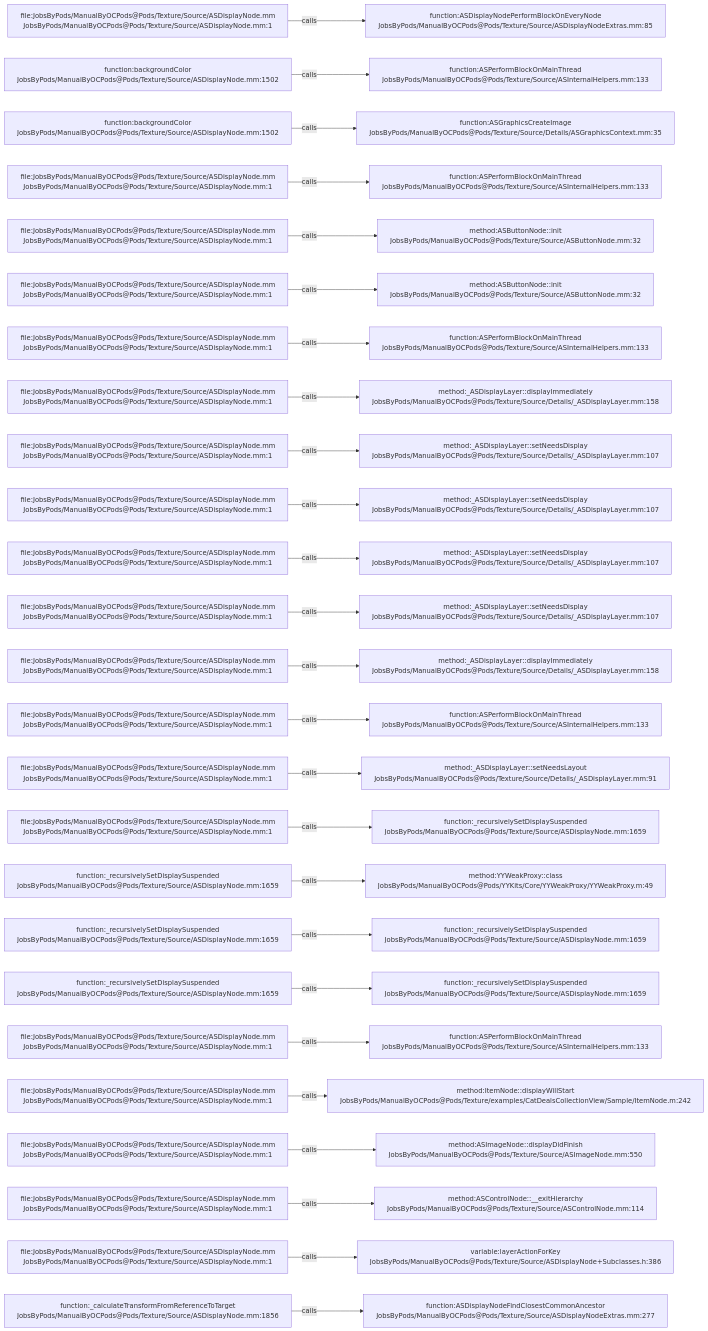
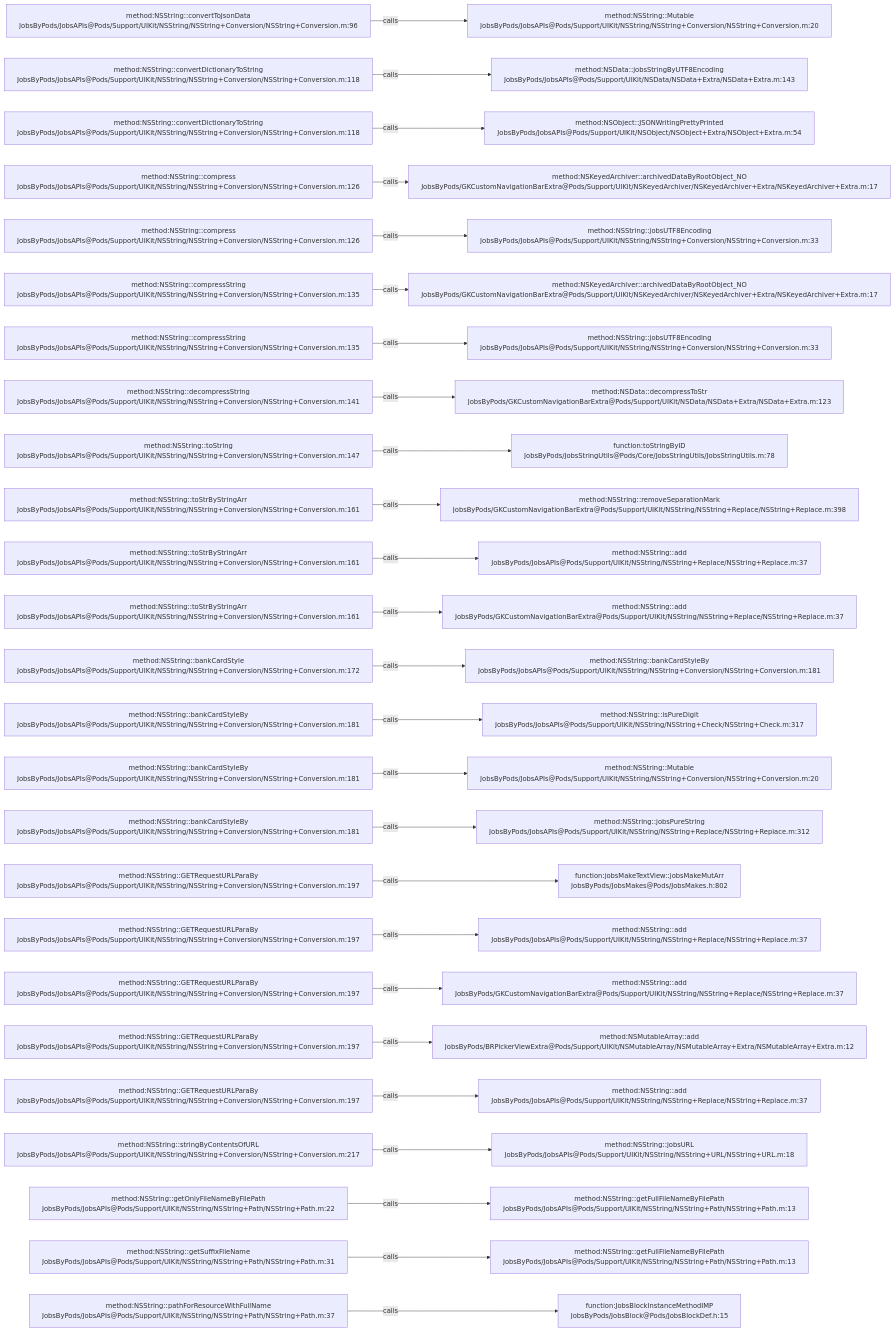
One commit to JobsKits/JobsOCBaseConfigDemo changed the diagram in .codegraph/codegraph.md/graphs/calls-085.md. Above: the diagram before and after it, drawn with Mermaid. The commit also changed 768 other files, not shown here.

````diff
--- a/.codegraph/codegraph.md/graphs/calls-085.md
+++ b/.codegraph/codegraph.md/graphs/calls-085.md
@@ -13,78 +13,78 @@
 ```mermaid
 flowchart LR
-  S1["file:JobsByPods/ManualByOCPods@Pods/Texture/Source/ASDisplayNode.mm<br/>JobsByPods/ManualByOCPods@Pods/Texture/Source/ASDisplayNode.mm:1"]
-  T1["function:ASDisplayNodePerformBlockOnEveryNode<br/>JobsByPods/ManualByOCPods@Pods/Texture/Source/ASDisplayNodeExtras.mm:85"]
+  S1["method:NSString::convertToJsonData<br/>JobsByPods/JobsAPIs@Pods/Support/UIKit/NSString/NSString+Conversion/NSString+Conversion.m:96"]
+  T1["method:NSString::Mutable<br/>JobsByPods/JobsAPIs@Pods/Support/UIKit/NSString/NSString+Conversion/NSString+Conversion.m:20"]
   S1 -->|calls| T1
-  S2["function:backgroundColor<br/>JobsByPods/ManualByOCPods@Pods/Texture/Source/ASDisplayNode.mm:1502"]
-  T2["function:ASPerformBlockOnMainThread<br/>JobsByPods/ManualByOCPods@Pods/Texture/Source/ASInternalHelpers.mm:133"]
+  S2["method:NSString::convertDictionaryToString<br/>JobsByPods/JobsAPIs@Pods/Support/UIKit/NSString/NSString+Conversion/NSString+Conversion.m:118"]
+  T2["method:NSData::jobsStringByUTF8Encoding<br/>JobsByPods/JobsAPIs@Pods/Support/UIKit/NSData/NSData+Extra/NSData+Extra.m:143"]
   S2 -->|calls| T2
-  S3["function:backgroundColor<br/>JobsByPods/ManualByOCPods@Pods/Texture/Source/ASDisplayNode.mm:1502"]
-  T3["function:ASGraphicsCreateImage<br/>JobsByPods/ManualByOCPods@Pods/Texture/Source/Details/ASGraphicsContext.mm:35"]
+  S3["method:NSString::convertDictionaryToString<br/>JobsByPods/JobsAPIs@Pods/Support/UIKit/NSString/NSString+Conversion/NSString+Conversion.m:118"]
+  T3["method:NSObject::JSONWritingPrettyPrinted<br/>JobsByPods/JobsAPIs@Pods/Support/UIKit/NSObject/NSObject+Extra/NSObject+Extra.m:54"]
   S3 -->|calls| T3
-  S4["file:JobsByPods/ManualByOCPods@Pods/Texture/Source/ASDisplayNode.mm<br/>JobsByPods/ManualByOCPods@Pods/Texture/Source/ASDisplayNode.mm:1"]
-  T4["function:ASPerformBlockOnMainThread<br/>JobsByPods/ManualByOCPods@Pods/Texture/Source/ASInternalHelpers.mm:133"]
+  S4["method:NSString::compress<br/>JobsByPods/JobsAPIs@Pods/Support/UIKit/NSString/NSString+Conversion/NSString+Conversion.m:126"]
+  T4["method:NSKeyedArchiver::archivedDataByRootObject_NO<br/>JobsByPods/GKCustomNavigationBarExtra@Pods/Support/UIKit/NSKeyedArchiver/NSKeyedArchiver+Extra/NSKeyedArchiver+Extra.m:17"]
   S4 -->|calls| T4
-  S5["file:JobsByPods/ManualByOCPods@Pods/Texture/Source/ASDisplayNode.mm<br/>JobsByPods/ManualByOCPods@Pods/Texture/Source/ASDisplayNode.mm:1"]
-  T5["method:ASButtonNode::init<br/>JobsByPods/ManualByOCPods@Pods/Texture/Source/ASButtonNode.mm:32"]
+  S5["method:NSString::compress<br/>JobsByPods/JobsAPIs@Pods/Support/UIKit/NSString/NSString+Conversion/NSString+Conversion.m:126"]
+  T5["method:NSString::jobsUTF8Encoding<br/>JobsByPods/JobsAPIs@Pods/Support/UIKit/NSString/NSString+Conversion/NSString+Conversion.m:33"]
   S5 -->|calls| T5
-  S6["file:JobsByPods/ManualByOCPods@Pods/Texture/Source/ASDisplayNode.mm<br/>JobsByPods/ManualByOCPods@Pods/Texture/Source/ASDisplayNode.mm:1"]
-  T6["method:ASButtonNode::init<br/>JobsByPods/ManualByOCPods@Pods/Texture/Source/ASButtonNode.mm:32"]
+  S6["method:NSString::compressString<br/>JobsByPods/JobsAPIs@Pods/Support/UIKit/NSString/NSString+Conversion/NSString+Conversion.m:135"]
+  T6["method:NSKeyedArchiver::archivedDataByRootObject_NO<br/>JobsByPods/GKCustomNavigationBarExtra@Pods/Support/UIKit/NSKeyedArchiver/NSKeyedArchiver+Extra/NSKeyedArchiver+Extra.m:17"]
   S6 -->|calls| T6
-  S7["file:JobsByPods/ManualByOCPods@Pods/Texture/Source/ASDisplayNode.mm<br/>JobsByPods/ManualByOCPods@Pods/Texture/Source/ASDisplayNode.mm:1"]
-  T7["function:ASPerformBlockOnMainThread<br/>JobsByPods/ManualByOCPods@Pods/Texture/Source/ASInternalHelpers.mm:133"]
+  S7["method:NSString::compressString<br/>JobsByPods/JobsAPIs@Pods/Support/UIKit/NSString/NSString+Conversion/NSString+Conversion.m:135"]
+  T7["method:NSString::jobsUTF8Encoding<br/>JobsByPods/JobsAPIs@Pods/Support/UIKit/NSString/NSString+Conversion/NSString+Conversion.m:33"]
   S7 -->|calls| T7
-  S8["file:JobsByPods/ManualByOCPods@Pods/Texture/Source/ASDisplayNode.mm<br/>JobsByPods/ManualByOCPods@Pods/Texture/Source/ASDisplayNode.mm:1"]
-  T8["method:_ASDisplayLayer::displayImmediately<br/>JobsByPods/ManualByOCPods@Pods/Texture/Source/Details/_ASDisplayLayer.mm:158"]
+  S8["method:NSString::decompressString<br/>JobsByPods/JobsAPIs@Pods/Support/UIKit/NSString/NSString+Conversion/NSString+Conversion.m:141"]
+  T8["method:NSData::decompressToStr<br/>JobsByPods/GKCustomNavigationBarExtra@Pods/Support/UIKit/NSData/NSData+Extra/NSData+Extra.m:123"]
   S8 -->|calls| T8
-  S9["file:JobsByPods/ManualByOCPods@Pods/Texture/Source/ASDisplayNode.mm<br/>JobsByPods/ManualByOCPods@Pods/Texture/Source/ASDisplayNode.mm:1"]
-  T9["method:_ASDisplayLayer::setNeedsDisplay<br/>JobsByPods/ManualByOCPods@Pods/Texture/Source/Details/_ASDisplayLayer.mm:107"]
+  S9["method:NSString::toString<br/>JobsByPods/JobsAPIs@Pods/Support/UIKit/NSString/NSString+Conversion/NSString+Conversion.m:147"]
+  T9["function:toStringByID<br/>JobsByPods/JobsStringUtils@Pods/Core/JobsStringUtils/JobsStringUtils.m:78"]
   S9 -->|calls| T9
-  S10["file:JobsByPods/ManualByOCPods@Pods/Texture/Source/ASDisplayNode.mm<br/>JobsByPods/ManualByOCPods@Pods/Texture/Source/ASDisplayNode.mm:1"]
-  T10["method:_ASDisplayLayer::setNeedsDisplay<br/>JobsByPods/ManualByOCPods@Pods/Texture/Source/Details/_ASDisplayLayer.mm:107"]
+  S10["method:NSString::toStrByStringArr<br/>JobsByPods/JobsAPIs@Pods/Support/UIKit/NSString/NSString+Conversion/NSString+Conversion.m:161"]
+  T10["method:NSString::removeSeparationMark<br/>JobsByPods/GKCustomNavigationBarExtra@Pods/Support/UIKit/NSString/NSString+Replace/NSString+Replace.m:398"]
   S10 -->|calls| T10
-  S11["file:JobsByPods/ManualByOCPods@Pods/Texture/Source/ASDisplayNode.mm<br/>JobsByPods/ManualByOCPods@Pods/Texture/Source/ASDisplayNode.mm:1"]
-  T11["method:_ASDisplayLayer::setNeedsDisplay<br/>JobsByPods/ManualByOCPods@Pods/Texture/Source/Details/_ASDisplayLayer.mm:107"]
+  S11["method:NSString::toStrByStringArr<br/>JobsByPods/JobsAPIs@Pods/Support/UIKit/NSString/NSString+Conversion/NSString+Conversion.m:161"]
+  T11["method:NSString::add<br/>JobsByPods/JobsAPIs@Pods/Support/UIKit/NSString/NSString+Replace/NSString+Replace.m:37"]
   S11 -->|calls| T11
-  S12["file:JobsByPods/ManualByOCPods@Pods/Texture/Source/ASDisplayNode.mm<br/>JobsByPods/ManualByOCPods@Pods/Texture/Source/ASDisplayNode.mm:1"]
-  T12["method:_ASDisplayLayer::setNeedsDisplay<br/>JobsByPods/ManualByOCPods@Pods/Texture/Source/Details/_ASDisplayLayer.mm:107"]
+  S12["method:NSString::toStrByStringArr<br/>JobsByPods/JobsAPIs@Pods/Support/UIKit/NSString/NSString+Conversion/NSString+Conversion.m:161"]
+  T12["method:NSString::add<br/>JobsByPods/GKCustomNavigationBarExtra@Pods/Support/UIKit/NSString/NSString+Replace/NSString+Replace.m:37"]
   S12 -->|calls| T12
-  S13["file:JobsByPods/ManualByOCPods@Pods/Texture/Source/ASDisplayNode.mm<br/>JobsByPods/ManualByOCPods@Pods/Texture/Source/ASDisplayNode.mm:1"]
-  T13["method:_ASDisplayLayer::displayImmediately<br/>JobsByPods/ManualByOCPods@Pods/Texture/Source/Details/_ASDisplayLayer.mm:158"]
+  S13["method:NSString::bankCardStyle<br/>JobsByPods/JobsAPIs@Pods/Support/UIKit/NSString/NSString+Conversion/NSString+Conversion.m:172"]
+  T13["method:NSString::bankCardStyleBy<br/>JobsByPods/JobsAPIs@Pods/Support/UIKit/NSString/NSString+Conversion/NSString+Conversion.m:181"]
   S13 -->|calls| T13
-  S14["file:JobsByPods/ManualByOCPods@Pods/Texture/Source/ASDisplayNode.mm<br/>JobsByPods/ManualByOCPods@Pods/Texture/Source/ASDisplayNode.mm:1"]
-  T14["function:ASPerformBlockOnMainThread<br/>JobsByPods/ManualByOCPods@Pods/Texture/Source/ASInternalHelpers.mm:133"]
+  S14["method:NSString::bankCardStyleBy<br/>JobsByPods/JobsAPIs@Pods/Support/UIKit/NSString/NSString+Conversion/NSString+Conversion.m:181"]
+  T14["method:NSString::isPureDigit<br/>JobsByPods/JobsAPIs@Pods/Support/UIKit/NSString/NSString+Check/NSString+Check.m:317"]
   S14 -->|calls| T14
-  S15["file:JobsByPods/ManualByOCPods@Pods/Texture/Source/ASDisplayNode.mm<br/>JobsByPods/ManualByOCPods@Pods/Texture/Source/ASDisplayNode.mm:1"]
-  T15["method:_ASDisplayLayer::setNeedsLayout<br/>JobsByPods/ManualByOCPods@Pods/Texture/Source/Details/_ASDisplayLayer.mm:91"]
+  S15["method:NSString::bankCardStyleBy<br/>JobsByPods/JobsAPIs@Pods/Support/UIKit/NSString/NSString+Conversion/NSString+Conversion.m:181"]
+  T15["method:NSString::Mutable<br/>JobsByPods/JobsAPIs@Pods/Support/UIKit/NSString/NSString+Conversion/NSString+Conversion.m:20"]
   S15 -->|calls| T15
-  S16["file:JobsByPods/ManualByOCPods@Pods/Texture/Source/ASDisplayNode.mm<br/>JobsByPods/ManualByOCPods@Pods/Texture/Source/ASDisplayNode.mm:1"]
-  T16["function:_recursivelySetDisplaySuspended<br/>JobsByPods/ManualByOCPods@Pods/Texture/Source/ASDisplayNode.mm:1659"]
+  S16["method:NSString::bankCardStyleBy<br/>JobsByPods/JobsAPIs@Pods/Support/UIKit/NSString/NSString+Conversion/NSString+Conversion.m:181"]
+  T16["method:NSString::jobsPureString<br/>JobsByPods/JobsAPIs@Pods/Support/UIKit/NSString/NSString+Replace/NSString+Replace.m:312"]
   S16 -->|calls| T16
-  S17["function:_recursivelySetDisplaySuspended<br/>JobsByPods/ManualByOCPods@Pods/Texture/Source/ASDisplayNode.mm:1659"]
-  T17["method:YYWeakProxy::class<br/>JobsByPods/ManualByOCPods@Pods/YYKits/Core/YYWeakProxy/YYWeakProxy.m:49"]
+  S17["method:NSString::GETRequestURLParaBy<br/>JobsByPods/JobsAPIs@Pods/Support/UIKit/NSString/NSString+Conversion/NSString+Conversion.m:197"]
+  T17["function:jobsMakeTextView::jobsMakeMutArr<br/>JobsByPods/JobsMakes@Pods/JobsMakes.h:802"]
   S17 -->|calls| T17
-  S18["function:_recursivelySetDisplaySuspended<br/>JobsByPods/ManualByOCPods@Pods/Texture/Source/ASDisplayNode.mm:1659"]
-  T18["function:_recursivelySetDisplaySuspended<br/>JobsByPods/ManualByOCPods@Pods/Texture/Source/ASDisplayNode.mm:1659"]
+  S18["method:NSString::GETRequestURLParaBy<br/>JobsByPods/JobsAPIs@Pods/Support/UIKit/NSString/NSString+Conversion/NSString+Conversion.m:197"]
+  T18["method:NSString::add<br/>JobsByPods/JobsAPIs@Pods/Support/UIKit/NSString/NSString+Replace/NSString+Replace.m:37"]
   S18 -->|calls| T18
-  S19["function:_recursivelySetDisplaySuspended<br/>JobsByPods/ManualByOCPods@Pods/Texture/Source/ASDisplayNode.mm:1659"]
-  T19["function:_recursivelySetDisplaySuspended<br/>JobsByPods/ManualByOCPods@Pods/Texture/Source/ASDisplayNode.mm:1659"]
+  S19["method:NSString::GETRequestURLParaBy<br/>JobsByPods/JobsAPIs@Pods/Support/UIKit/NSString/NSString+Conversion/NSString+Conversion.m:197"]
+  T19["method:NSString::add<br/>JobsByPods/GKCustomNavigationBarExtra@Pods/Support/UIKit/NSString/NSString+Replace/NSString+Replace.m:37"]
   S19 -->|calls| T19
-  S20["file:JobsByPods/ManualByOCPods@Pods/Texture/Source/ASDisplayNode.mm<br/>JobsByPods/ManualByOCPods@Pods/Texture/Source/ASDisplayNode.mm:1"]
-  T20["function:ASPerformBlockOnMainThread<br/>JobsByPods/ManualByOCPods@Pods/Texture/Source/ASInternalHelpers.mm:133"]
+  S20["method:NSString::GETRequestURLParaBy<br/>JobsByPods/JobsAPIs@Pods/Support/UIKit/NSString/NSString+Conversion/NSString+Conversion.m:197"]
+  T20["method:NSMutableArray::add<br/>JobsByPods/BRPickerViewExtra@Pods/Support/UIKit/NSMutableArray/NSMutableArray+Extra/NSMutableArray+Extra.m:12"]
   S20 -->|calls| T20
-  S21["file:JobsByPods/ManualByOCPods@Pods/Texture/Source/ASDisplayNode.mm<br/>JobsByPods/ManualByOCPods@Pods/Texture/Source/ASDisplayNode.mm:1"]
-  T21["method:ItemNode::displayWillStart<br/>JobsByPods/ManualByOCPods@Pods/Texture/examples/CatDealsCollectionView/Sample/ItemNode.m:242"]
+  S21["method:NSString::GETRequestURLParaBy<br/>JobsByPods/JobsAPIs@Pods/Support/UIKit/NSString/NSString+Conversion/NSString+Conversion.m:197"]
+  T21["method:NSString::add<br/>JobsByPods/JobsAPIs@Pods/Support/UIKit/NSString/NSString+Replace/NSString+Replace.m:37"]
   S21 -->|calls| T21
-  S22["file:JobsByPods/ManualByOCPods@Pods/Texture/Source/ASDisplayNode.mm<br/>JobsByPods/ManualByOCPods@Pods/Texture/Source/ASDisplayNode.mm:1"]
-  T22["method:ASImageNode::displayDidFinish<br/>JobsByPods/ManualByOCPods@Pods/Texture/Source/ASImageNode.mm:550"]
+  S22["method:NSString::stringByContentsOfURL<br/>JobsByPods/JobsAPIs@Pods/Support/UIKit/NSString/NSString+Conversion/NSString+Conversion.m:217"]
+  T22["method:NSString::jobsURL<br/>JobsByPods/JobsAPIs@Pods/Support/UIKit/NSString/NSString+URL/NSString+URL.m:18"]
   S22 -->|calls| T22
-  S23["file:JobsByPods/ManualByOCPods@Pods/Texture/Source/ASDisplayNode.mm<br/>JobsByPods/ManualByOCPods@Pods/Texture/Source/ASDisplayNode.mm:1"]
-  T23["method:ASControlNode::__exitHierarchy<br/>JobsByPods/ManualByOCPods@Pods/Texture/Source/ASControlNode.mm:114"]
+  S23["method:NSString::getOnlyFileNameByFilePath<br/>JobsByPods/JobsAPIs@Pods/Support/UIKit/NSString/NSString+Path/NSString+Path.m:22"]
+  T23["method:NSString::getFullFileNameByFilePath<br/>JobsByPods/JobsAPIs@Pods/Support/UIKit/NSString/NSString+Path/NSString+Path.m:13"]
   S23 -->|calls| T23
-  S24["file:JobsByPods/ManualByOCPods@Pods/Texture/Source/ASDisplayNode.mm<br/>JobsByPods/ManualByOCPods@Pods/Texture/Source/ASDisplayNode.mm:1"]
-  T24["variable:layerActionForKey<br/>JobsByPods/ManualByOCPods@Pods/Texture/Source/ASDisplayNode+Subclasses.h:386"]
+  S24["method:NSString::getSuffixFileName<br/>JobsByPods/JobsAPIs@Pods/Support/UIKit/NSString/NSString+Path/NSString+Path.m:31"]
+  T24["method:NSString::getFullFileNameByFilePath<br/>JobsByPods/JobsAPIs@Pods/Support/UIKit/NSString/NSString+Path/NSString+Path.m:13"]
   S24 -->|calls| T24
-  S25["function:_calculateTransformFromReferenceToTarget<br/>JobsByPods/ManualByOCPods@Pods/Texture/Source/ASDisplayNode.mm:1856"]
-  T25["function:ASDisplayNodeFindClosestCommonAncestor<br/>JobsByPods/ManualByOCPods@Pods/Texture/Source/ASDisplayNodeExtras.mm:277"]
+  S25["method:NSString::pathForResourceWithFullName<br/>JobsByPods/JobsAPIs@Pods/Support/UIKit/NSString/NSString+Path/NSString+Path.m:37"]
+  T25["function:JobsBlockInstanceMethodIMP<br/>JobsByPods/JobsBlock@Pods/JobsBlockDef.h:15"]
   S25 -->|calls| T25
 ```
````
